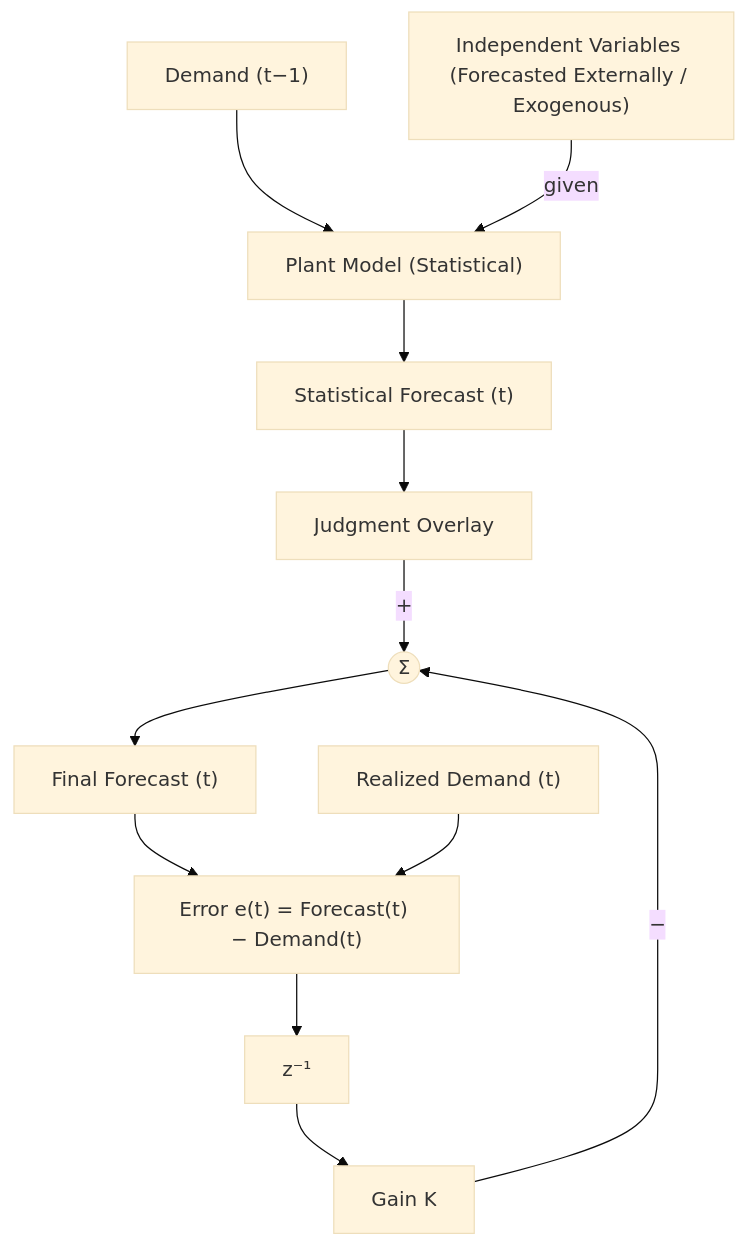
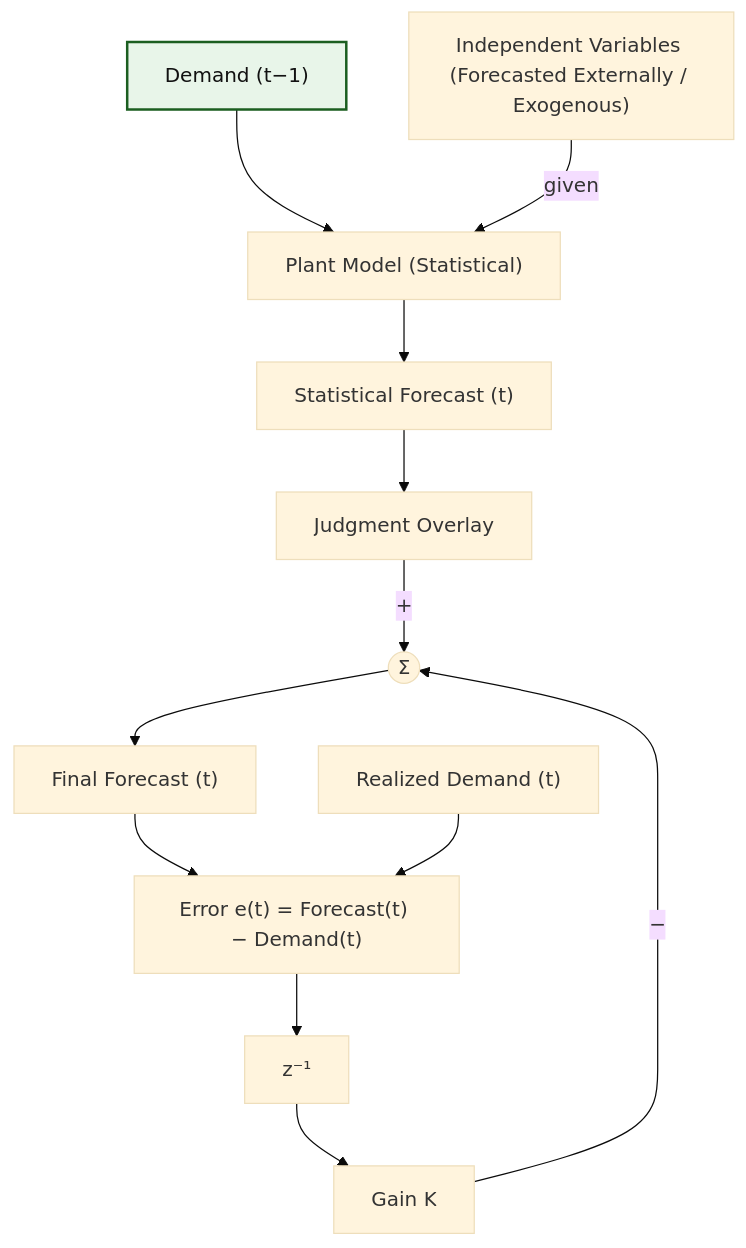
Before and after one commit to Tellusant/docs: the diagram in articles-posts/judgmental-mechanical.md, drawn with Mermaid (base theme). The commit also changed other lines of this file, not shown here.

```diff
--- a/articles-posts/judgmental-mechanical.md
+++ b/articles-posts/judgmental-mechanical.md
@@ -21,43 +21,50 @@
 <div class="mermaid">
   
 flowchart TD
 
 %% ===== Inputs =====
-D1["Demand (t−1)"]
+D1["Demand (t−1)"]:::strong
 X["Independent Variables (Forecasted Externally / Exogenous)"]
 
 %% ===== Baseline model =====
 M["Plant Model (Statistical)"]
 S["Statistical Forecast (t)"]
 
 %% ===== Judgment and correction =====
 J["Judgment Overlay"]
 Sum((Σ))
 K["Gain K"]
 F["Final Forecast (t)"]
 
 %% ===== Realized demand =====
 R["Realized Demand (t)"]
 
 %% ===== Error and delay =====
 E["Error e(t) = Forecast(t) − Demand(t)"]
 Delay["z⁻¹"]
 
 %% ===== Forward path =====
 D1 --> M
 X -->|given| M
 M --> S
 S --> J
 J -->|+| Sum
 Sum --> F
 
 %% ===== Error computation =====
 F --> E
 R --> E
 
 %% ===== Feedback =====
 E --> Delay
 Delay --> K
 K -->|−| Sum
 
+%% ========= STYLES =========
+classDef strong  fill:#E8F5E9,stroke:#1B5E20,stroke-width:2px,color:#111;
+classDef neutral fill:#E3F2FD,stroke:#0D47A1,stroke-width:2px,color:#111;
+classDef mixed   fill:#FFF8E1,stroke:#FF6F00,stroke-width:2px,color:#111;
+classDef risk    fill:#FDECEA,stroke:#B71C1C,stroke-width:2px,color:#111;
+classDef summary fill:#F5F5F5,stroke:#424242,stroke-width:2px,color:#111;
+
 </div>
```
